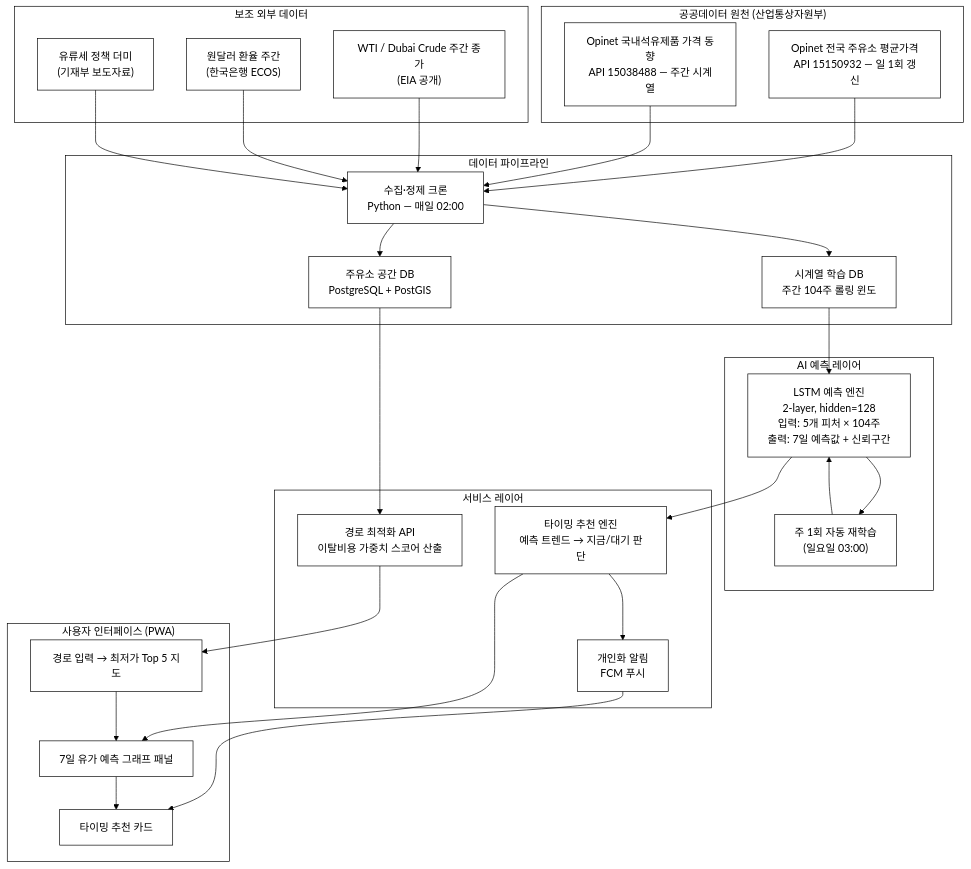
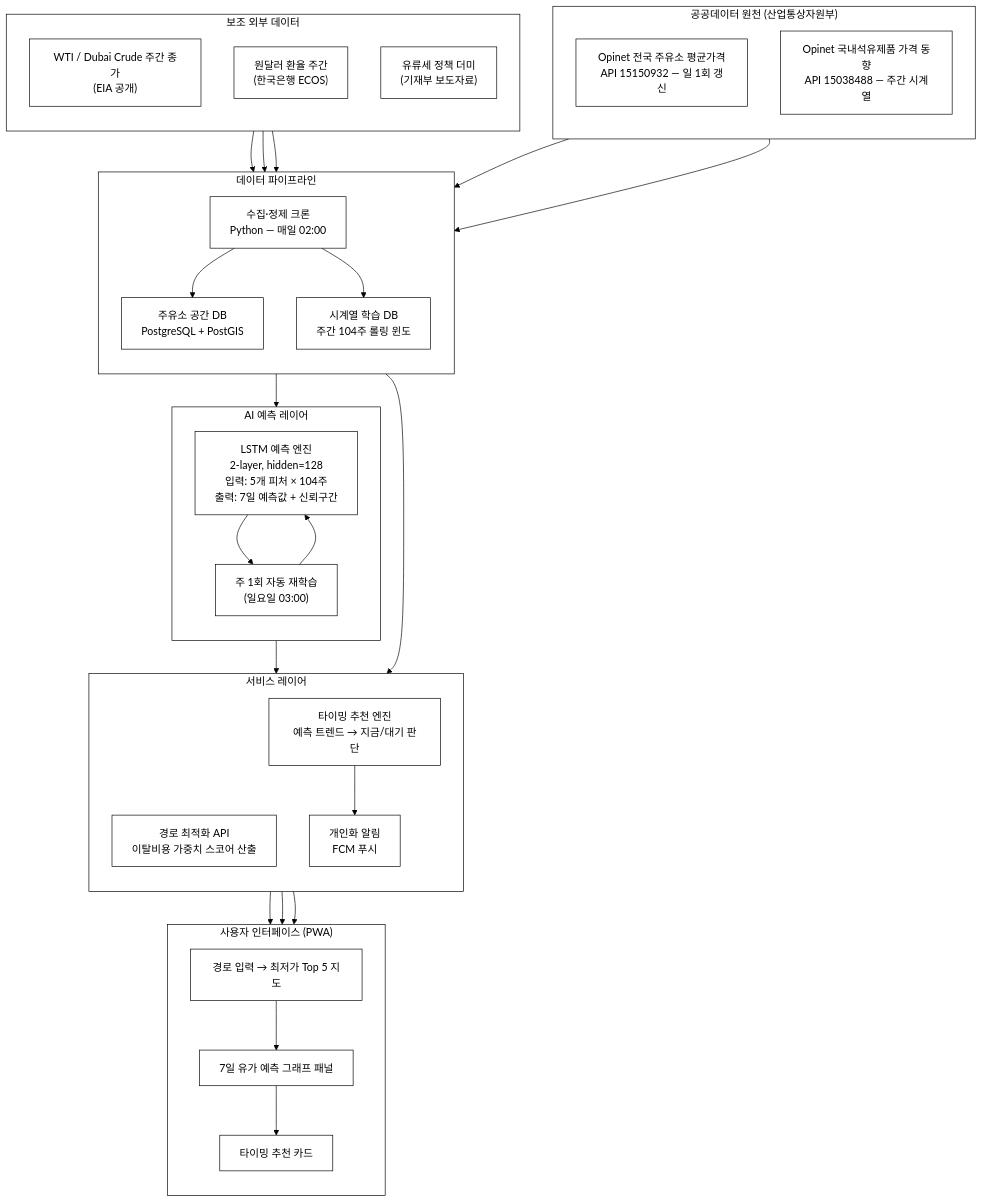
The first of 5 diagrams in 04-주유소-최저가-유가예측/biz/1_제안서.md (iamywl/pulicdata-congress), drawn with Mermaid before and after one commit. The commit also changed other lines of this file and 44 other files, not shown here.

````diff
--- a/04-주유소-최저가-유가예측/biz/1_제안서.md
+++ b/04-주유소-최저가-유가예측/biz/1_제안서.md
@@ -53,50 +53,56 @@
 ```mermaid
 %%{init: {'theme':'base','themeVariables':{'background':'#ffffff','primaryColor':'#ffffff','primaryBorderColor':'#000000','primaryTextColor':'#000000','secondaryColor':'#ffffff','secondaryBorderColor':'#000000','secondaryTextColor':'#000000','tertiaryColor':'#ffffff','tertiaryBorderColor':'#000000','tertiaryTextColor':'#000000','mainBkg':'#ffffff','secondBkg':'#ffffff','lineColor':'#000000','textColor':'#000000','clusterBkg':'#ffffff','clusterBorder':'#000000','edgeLabelBackground':'#ffffff','actorBkg':'#ffffff','actorBorder':'#000000','noteBkgColor':'#ffffff','noteBorderColor':'#000000','signalColor':'#000000','signalTextColor':'#000000','fontFamily':'Georgia, serif'}}}%%
-flowchart TD
+flowchart TB
     subgraph SRC["공공데이터 원천 (산업통상자원부)"]
+        direction TB
         A1["Opinet 전국 주유소 평균가격<br/>API 15150932 — 일 1회 갱신"]
         A2["Opinet 국내석유제품 가격 동향<br/>API 15038488 — 주간 시계열"]
     end
     subgraph EXT["보조 외부 데이터"]
+        direction TB
         A3["WTI / Dubai Crude 주간 종가<br/>(EIA 공개)"]
         A4["원달러 환율 주간<br/>(한국은행 ECOS)"]
         A5["유류세 정책 더미<br/>(기재부 보도자료)"]
     end
     subgraph PIPE["데이터 파이프라인"]
+        direction TB
         B1["수집·정제 크론<br/>Python — 매일 02:00"]
         B2["주유소 공간 DB<br/>PostgreSQL + PostGIS"]
         B3["시계열 학습 DB<br/>주간 104주 롤링 윈도"]
     end
     subgraph AI["AI 예측 레이어"]
+        direction TB
         C1["LSTM 예측 엔진<br/>2-layer, hidden=128<br/>입력: 5개 피처 × 104주<br/>출력: 7일 예측값 + 신뢰구간"]
         C2["주 1회 자동 재학습<br/>(일요일 03:00)"]
     end
     subgraph SVC["서비스 레이어"]
+        direction TB
         D1["경로 최적화 API<br/>이탈비용 가중치 스코어 산출"]
         D2["타이밍 추천 엔진<br/>예측 트렌드 → 지금/대기 판단"]
         D3["개인화 알림<br/>FCM 푸시"]
     end
     subgraph UI["사용자 인터페이스 (PWA)"]
+        direction TB
         E1["경로 입력 → 최저가 Top 5 지도"]
         E2["7일 유가 예측 그래프 패널"]
         E3["타이밍 추천 카드"]
     end
     A1 --> B1
     A2 --> B1
     A3 --> B1
     A4 --> B1
     A5 --> B1
     B1 --> B2
     B1 --> B3
     B3 --> C1
     C1 --> C2
     C2 --> C1
     B2 --> D1
     C1 --> D2
     D1 --> E1
     D2 --> E2
     D2 --> D3
     D3 --> E3
     E1 --> E2
     E2 --> E3
 ```
````
